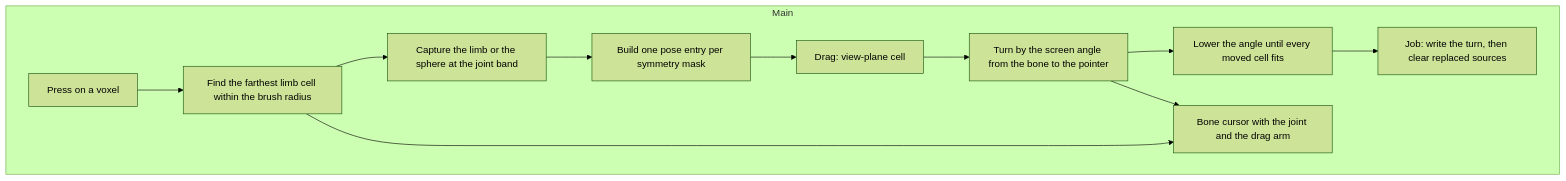
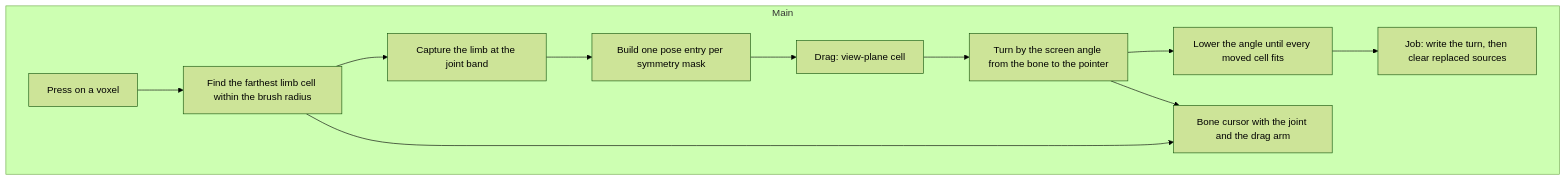
Before and after one commit to LeonardMeagher2/LVE: the third of 3 diagrams in docs/agents/tool-flows/deform.md, drawn with Mermaid (forest theme). The commit also changed other lines of this file and 7 other files, not shown here.

````diff
--- a/docs/agents/tool-flows/deform.md
+++ b/docs/agents/tool-flows/deform.md
@@ -139,17 +139,17 @@
 ```mermaid
 flowchart TD
   subgraph Main["Main"]
     P1["Press on a voxel"]
     P2["Find the farthest limb cell within the brush radius"]
-    P3["Capture the limb or the sphere at the joint band"]
+    P3["Capture the limb at the joint band"]
     P4["Build one pose entry per symmetry mask"]
     P5["Drag: view-plane cell"]
     P6["Turn by the screen angle from the bone to the pointer"]
     P7["Lower the angle until every moved cell fits"]
     P8["Job: write the turn, then clear replaced sources"]
     P9["Bone cursor with the joint and the drag arm"]
   end
   P1 --> P2 --> P3 --> P4 --> P5 --> P6 --> P7 --> P8
   P2 --> P9
   P6 --> P9
 ```
````
